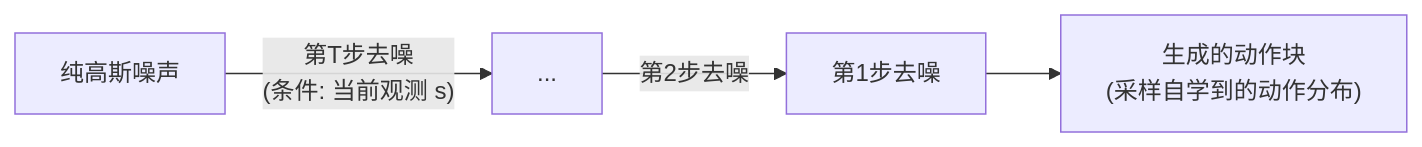
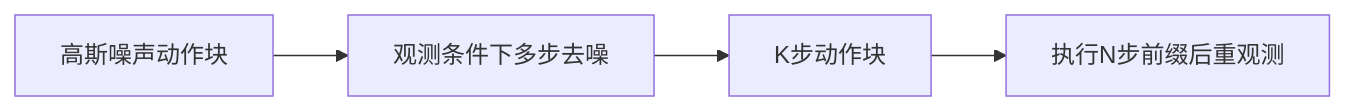
The third of 3 diagrams in 4. 具身智能/6. 现代模仿学习策略——Action Chunking、ACT 与 Diffusion Policy.md (AI-learning-simple/Build-Your-Own-LLM), drawn with Mermaid before and after one commit. The commit also changed other lines of this file and 88 other files, not shown here.

````diff
--- a/4. 具身智能/6. 现代模仿学习策略——Action Chunking、ACT 与 Diffusion Policy.md
+++ b/4. 具身智能/6. 现代模仿学习策略——Action Chunking、ACT 与 Diffusion Policy.md
@@ -76,4 +89,4 @@
 ```mermaid
 flowchart LR
-    A["纯高斯噪声"] -- "第T步去噪<br/>(条件: 当前观测 s)" --> B["..."] -- "第2步去噪" --> C["第1步去噪"] --> D["生成的动作块<br/>(采样自学到的动作分布)"]
+    Noise["高斯噪声动作块"] --> Denoise["观测条件下多步去噪"] --> Chunk["K步动作块"] --> Prefix["执行N步前缀后重观测"]
 ```
````
